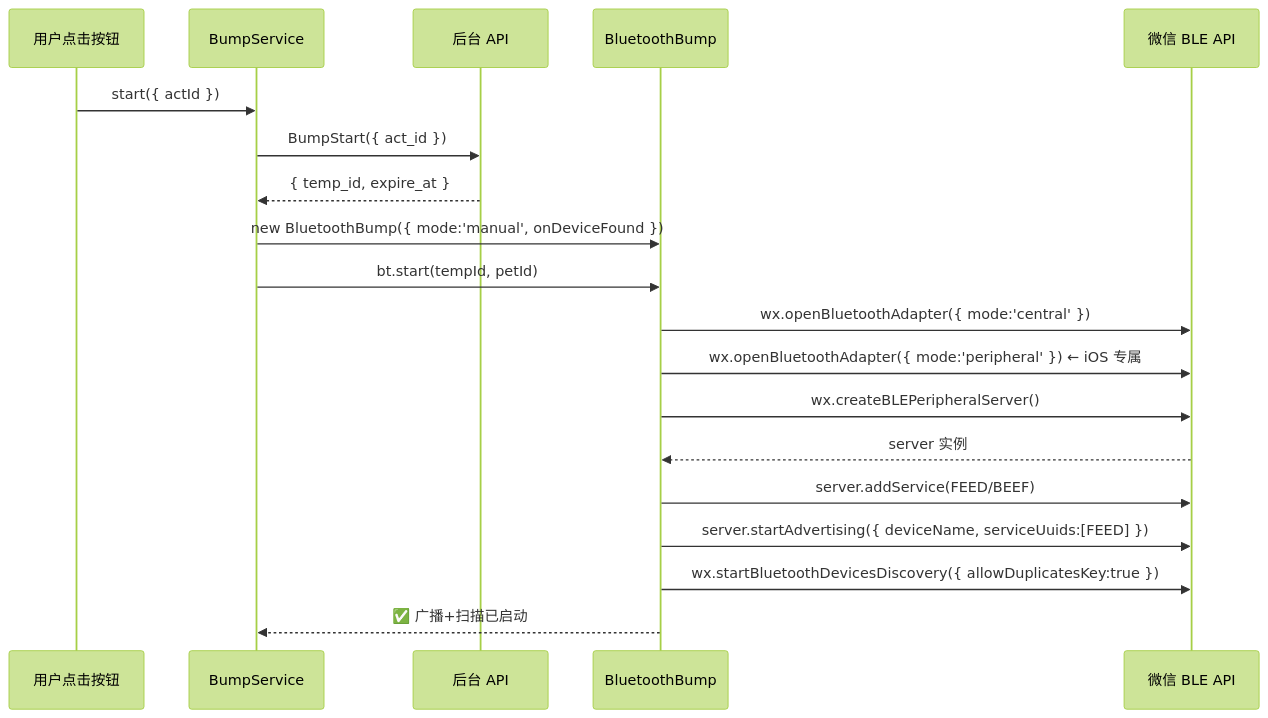
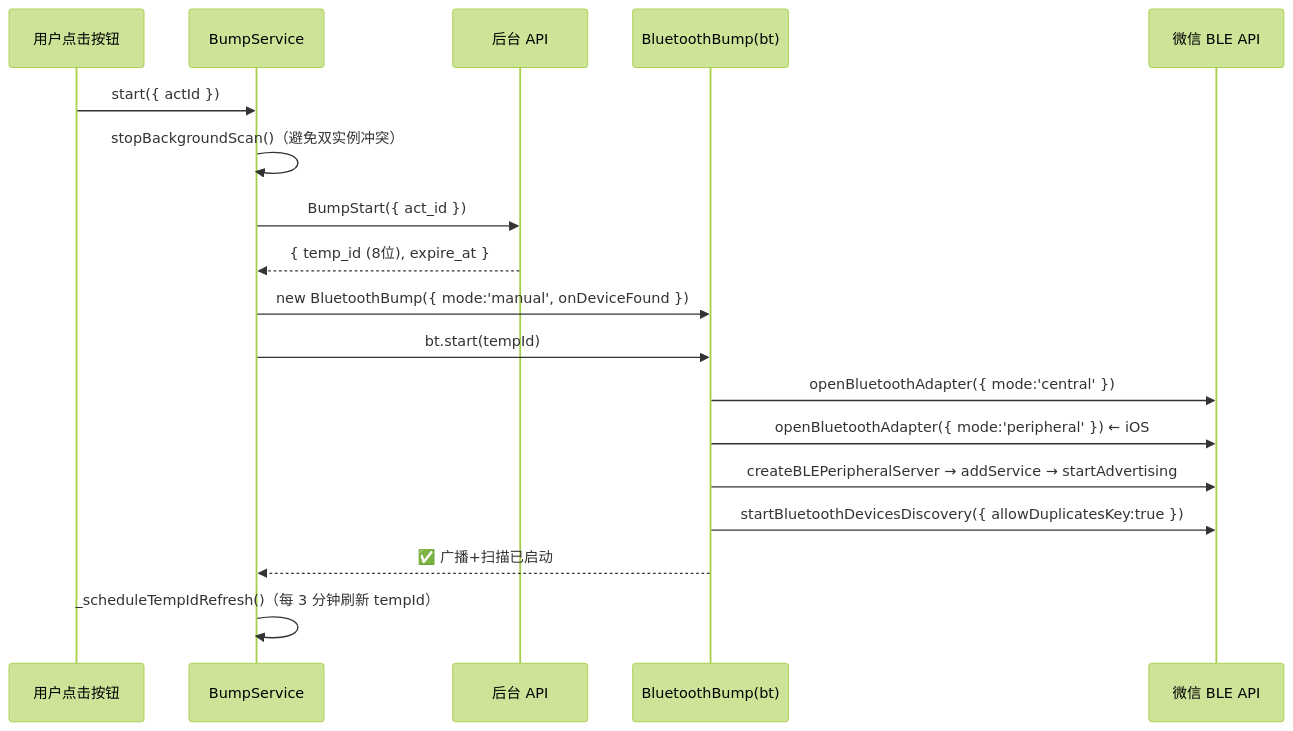
One commit to novlan1/notes changed the eighth of 14 diagrams in docs/2026下/蓝牙通信.md. Above: the diagram before and after it, drawn with Mermaid (forest theme). The commit also changed other lines of this file and 2 other files, not shown here.

````diff
--- a/docs/2026下/蓝牙通信.md
+++ b/docs/2026下/蓝牙通信.md
@@ -257,22 +247,21 @@
 ```mermaid
 sequenceDiagram
     participant U as 用户点击按钮
     participant S as BumpService
     participant API as 后台 API
-    participant BT as BluetoothBump
+    participant BT as BluetoothBump(bt)
     participant WX as 微信 BLE API
 
     U->>S: start({ actId })
+    S->>S: stopBackgroundScan()（避免双实例冲突）
     S->>API: BumpStart({ act_id })
-    API-->>S: { temp_id, expire_at }
+    API-->>S: { temp_id (8位), expire_at }
     S->>BT: new BluetoothBump({ mode:'manual', onDeviceFound })
-    S->>BT: bt.start(tempId, petId)
-    BT->>WX: wx.openBluetoothAdapter({ mode:'central' })
-    BT->>WX: wx.openBluetoothAdapter({ mode:'peripheral' })  ← iOS 专属
-    BT->>WX: wx.createBLEPeripheralServer()
-    WX-->>BT: server 实例
-    BT->>WX: server.addService(FEED/BEEF)
-    BT->>WX: server.startAdvertising({ deviceName, serviceUuids:[FEED] })
-    BT->>WX: wx.startBluetoothDevicesDiscovery({ allowDuplicatesKey:true })
+    S->>BT: bt.start(tempId)
+    BT->>WX: openBluetoothAdapter({ mode:'central' })
+    BT->>WX: openBluetoothAdapter({ mode:'peripheral' })  ← iOS
+    BT->>WX: createBLEPeripheralServer → addService → startAdvertising
+    BT->>WX: startBluetoothDevicesDiscovery({ allowDuplicatesKey:true })
     BT-->>S: ✅ 广播+扫描已启动
+    S->>S: _scheduleTempIdRefresh()（每 3 分钟刷新 tempId）
 ```
````
